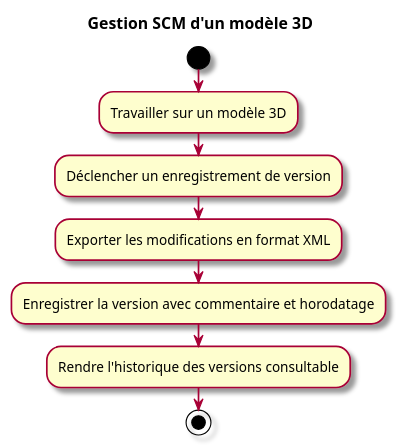
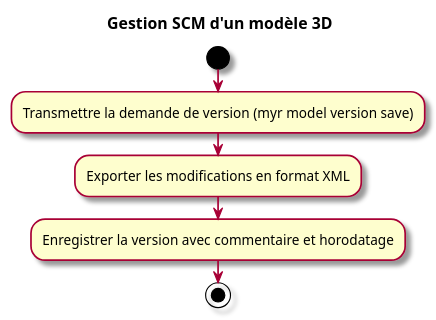
Before and after one commit to olivaux/myr: the second of 2 diagrams in specs/1-Expression/UCAUT-Automatisation/UCAUT04.md, drawn with PlantUML. The commit also changed other lines of this file and 65 other files, not shown here.

````diff
--- a/specs/1-Expression/UCAUT-Automatisation/UCAUT04.md
+++ b/specs/1-Expression/UCAUT-Automatisation/UCAUT04.md
@@ -58,13 +59,11 @@
 ```plantuml
 @startuml
 skin rose
 title Gestion SCM d'un modèle 3D
 start
-:Travailler sur un modèle 3D;
-:Déclencher un enregistrement de version;
+:Transmettre la demande de version (myr model version save);
 :Exporter les modifications en format XML;
 :Enregistrer la version avec commentaire et horodatage;
-:Rendre l'historique des versions consultable;
 stop
 @enduml
 ```
````
